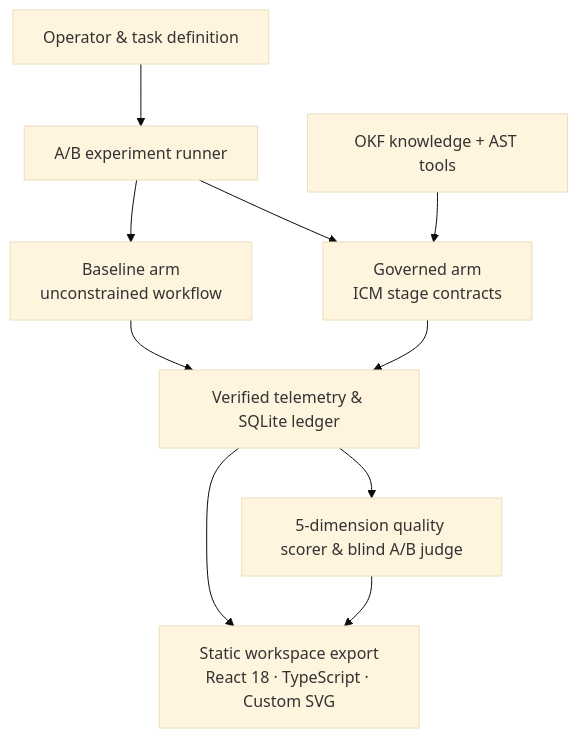
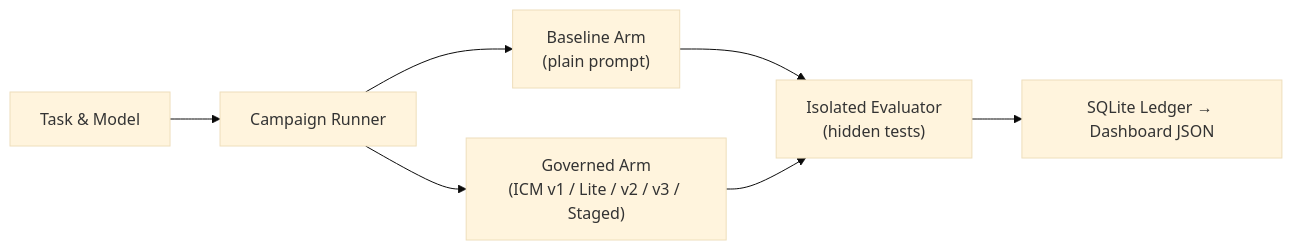
The diagram in README.md (ZenzerJs/Ai-Lab), drawn with Mermaid (base theme) before and after one commit. The commit also changed other lines of this file and 7 other files, not shown here.

Commit message:
feat(ux): overhaul README & dashboard structure + add ICM v3 test campaign playbook

````diff
--- a/README.md
+++ b/README.md
@@ -148,12 +78,9 @@
 ```mermaid
-flowchart TD
-    O["Operator & task definition"] --> R["A/B experiment runner"]
-    R --> B["Baseline arm<br/>unconstrained workflow"]
-    R --> G["Governed arm<br/>ICM stage contracts"]
-    K["OKF knowledge + AST tools"] --> G
-    B --> L["Verified telemetry & SQLite ledger"]
-    G --> L
-    L --> Q["5-dimension quality scorer & blind A/B judge"]
-    L --> D["Static workspace export<br/>React 18 · TypeScript · Custom SVG"]
-    Q --> D
+flowchart LR
+    T["Task & Model"] --> R["Campaign Runner"]
+    R --> B["Baseline Arm<br/>(plain prompt)"]
+    R --> G["Governed Arm<br/>(ICM v1 / Lite / v2 / v3 / Staged)"]
+    B --> E["Isolated Evaluator<br/>(hidden tests)"]
+    G --> E
+    E --> D["SQLite Ledger → Dashboard JSON"]
 ```
````
